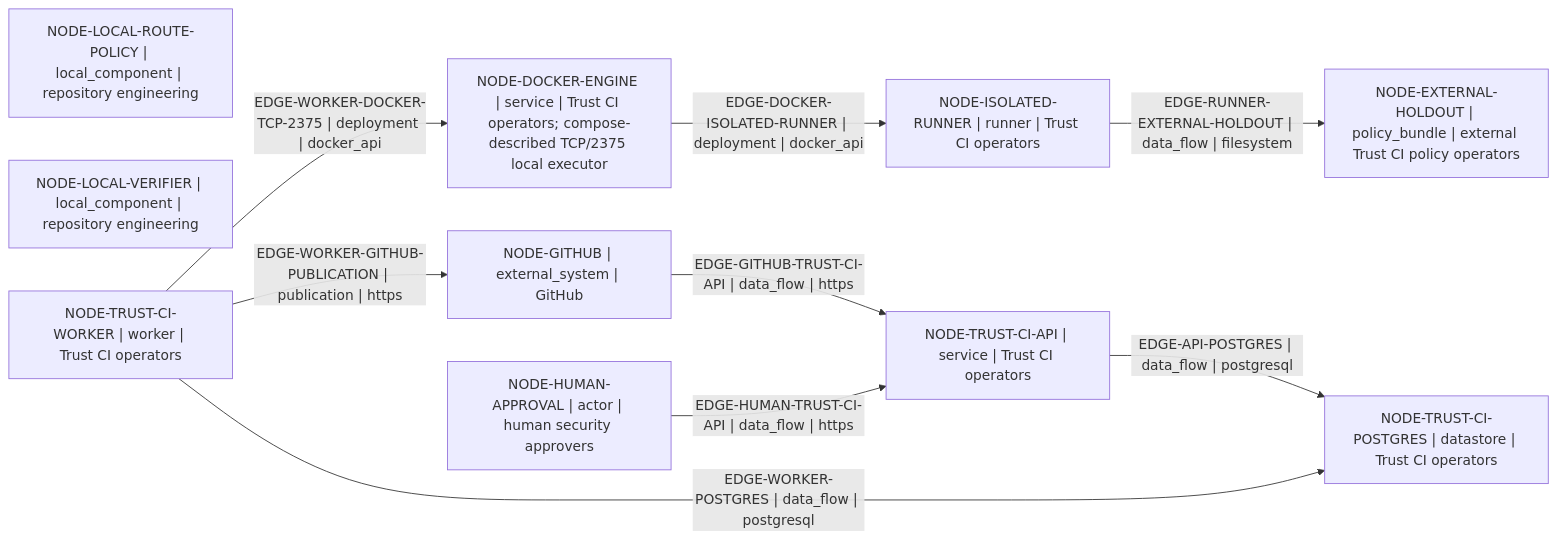
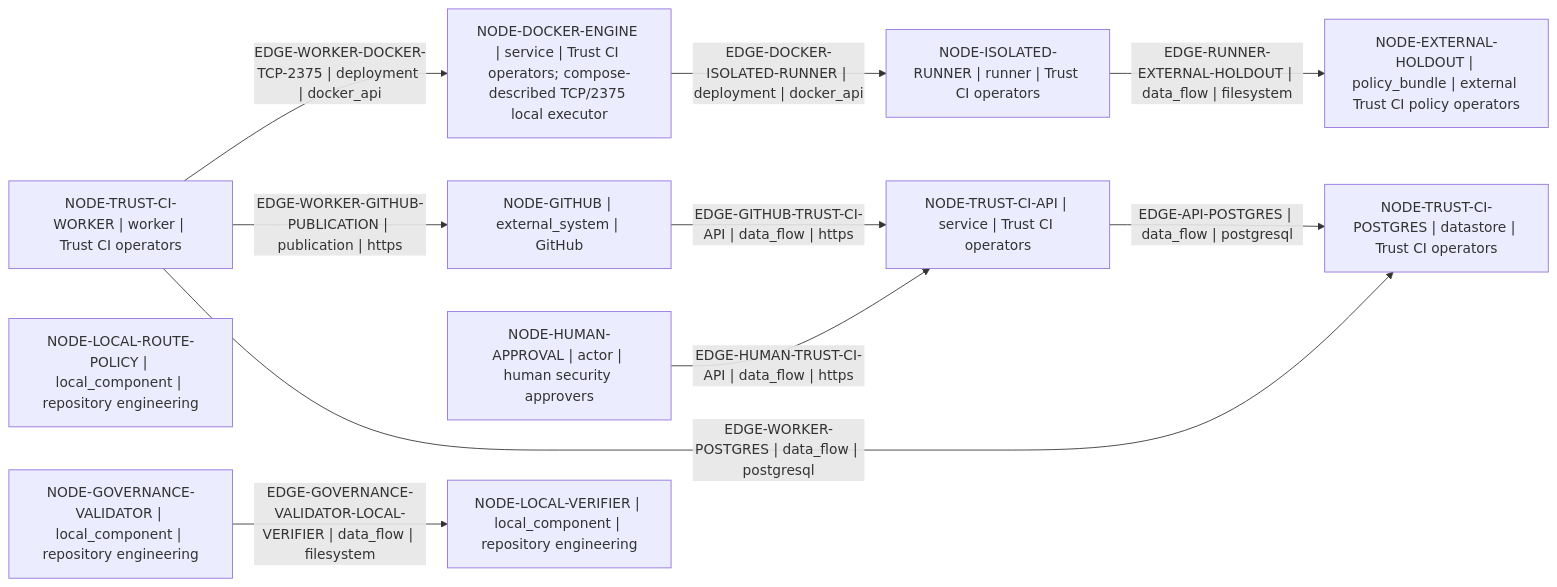
The diagram in architecture/generated/deployment.mmd (Dimkox/adaptive-grok-build-pro), drawn with Mermaid before and after one commit. The commit also changed 10 other files, not shown here.

Commit message:
feat: model controlled governance architecture

```diff
--- a/architecture/generated/deployment.mmd
+++ b/architecture/generated/deployment.mmd
@@ -1,19 +1,21 @@
 flowchart LR
   node_4e78270f61d78ed8["NODE-DOCKER-ENGINE | service | Trust CI operators; compose-described TCP/2375 local executor"]
   node_0a0fe2f046a648e9["NODE-EXTERNAL-HOLDOUT | policy_bundle | external Trust CI policy operators"]
   node_8b8a8cd21b180532["NODE-GITHUB | external_system | GitHub"]
+  node_23677f8757246623["NODE-GOVERNANCE-VALIDATOR | local_component | repository engineering"]
   node_e4e37173e410ad23["NODE-HUMAN-APPROVAL | actor | human security approvers"]
   node_1c3a10ba26a8e80d["NODE-ISOLATED-RUNNER | runner | Trust CI operators"]
   node_770cf3a1783e8525["NODE-LOCAL-ROUTE-POLICY | local_component | repository engineering"]
   node_23bed8fcbfc79861["NODE-LOCAL-VERIFIER | local_component | repository engineering"]
   node_d0e570b2fbe52f98["NODE-TRUST-CI-API | service | Trust CI operators"]
   node_1a6c7efb2d08591b["NODE-TRUST-CI-POSTGRES | datastore | Trust CI operators"]
   node_070dda93443dcc1f["NODE-TRUST-CI-WORKER | worker | Trust CI operators"]
   node_d0e570b2fbe52f98 -->|"EDGE-API-POSTGRES | data_flow | postgresql"| node_1a6c7efb2d08591b
   node_4e78270f61d78ed8 -->|"EDGE-DOCKER-ISOLATED-RUNNER | deployment | docker_api"| node_1c3a10ba26a8e80d
   node_8b8a8cd21b180532 -->|"EDGE-GITHUB-TRUST-CI-API | data_flow | https"| node_d0e570b2fbe52f98
+  node_23677f8757246623 -->|"EDGE-GOVERNANCE-VALIDATOR-LOCAL-VERIFIER | data_flow | filesystem"| node_23bed8fcbfc79861
   node_e4e37173e410ad23 -->|"EDGE-HUMAN-TRUST-CI-API | data_flow | https"| node_d0e570b2fbe52f98
   node_1c3a10ba26a8e80d -->|"EDGE-RUNNER-EXTERNAL-HOLDOUT | data_flow | filesystem"| node_0a0fe2f046a648e9
   node_070dda93443dcc1f -->|"EDGE-WORKER-DOCKER-TCP-2375 | deployment | docker_api"| node_4e78270f61d78ed8
   node_070dda93443dcc1f -->|"EDGE-WORKER-GITHUB-PUBLICATION | publication | https"| node_8b8a8cd21b180532
   node_070dda93443dcc1f -->|"EDGE-WORKER-POSTGRES | data_flow | postgresql"| node_1a6c7efb2d08591b
```
